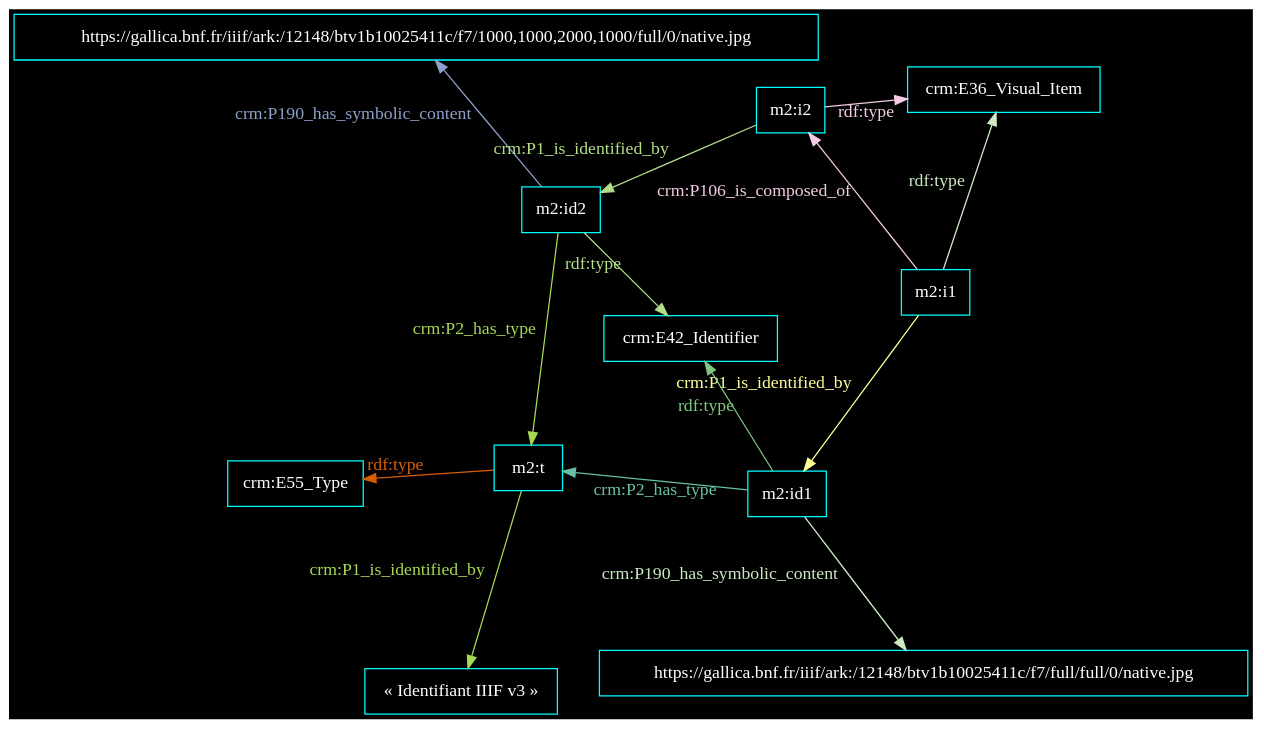
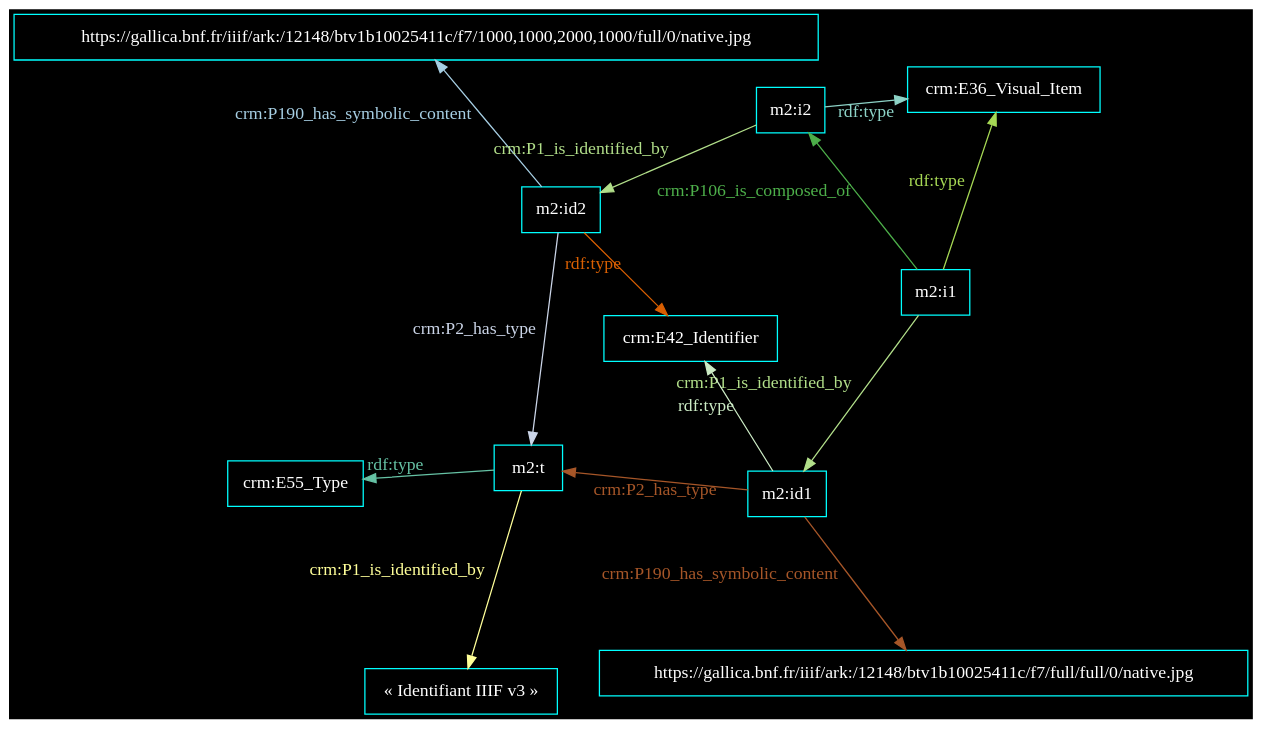
The diagram in out/2023.07.04_cm2-gt2/dotfile_c7806580-5e89-40cf-a19c-c5d231e92a5a.dot (Amleth/communications), drawn with Graphviz before and after one commit. The commit also changed 13 other files, not shown here.

```diff
--- a/out/2023.07.04_cm2-gt2/dotfile_c7806580-5e89-40cf-a19c-c5d231e92a5a.dot
+++ b/out/2023.07.04_cm2-gt2/dotfile_c7806580-5e89-40cf-a19c-c5d231e92a5a.dot
@@ -1,27 +1,27 @@
 digraph {
     graph [bgcolor=black]
     rankdir=LR
     node [color=white,fontcolor=white,fontname="FiraCode Nerd Font Mono Regular",shape=box]
     edge [color=white,fontcolor=white,fontname="FiraCode Nerd Font Mono Regular"]
     
 
     layout=neato
 overlap=scale
 splines=true
 sep=.1
 node [color=cyan,fontcolor=white]
 edge [color=cyan,fontcolor=white]
-"m2:i1" -> "crm:E36_Visual_Item" [label="rdf:type",color="#ccebc5",fontcolor="#ccebc5"]
-"m2:t" -> "crm:E55_Type" [label="rdf:type",color="#d95f02",fontcolor="#d95f02"]
-"m2:i1" -> "m2:id1" [label="crm:P1_is_identified_by",color="#ffff99",fontcolor="#ffff99"]
-"m2:id2" -> "m2:t" [label="crm:P2_has_type",color="#a6d854",fontcolor="#a6d854"]
-"m2:t" -> "« Identifiant IIIF v3 »" [label="crm:P1_is_identified_by",color="#a6d854",fontcolor="#a6d854"]
-"m2:id1" -> "https://gallica.bnf.fr/iiif/ark:/12148/btv1b10025411c/f7/full/full/0/native.jpg" [label="crm:P190_has_symbolic_content",color="#ccebc5",fontcolor="#ccebc5"]
-"m2:id2" -> "https://gallica.bnf.fr/iiif/ark:/12148/btv1b10025411c/f7/1000,1000,2000,1000/full/0/native.jpg" [label="crm:P190_has_symbolic_content",color="#8da0cb",fontcolor="#8da0cb"]
-"m2:i2" -> "crm:E36_Visual_Item" [label="rdf:type",color="#f4cae4",fontcolor="#f4cae4"]
-"m2:id1" -> "m2:t" [label="crm:P2_has_type",color="#66c2a5",fontcolor="#66c2a5"]
-"m2:i1" -> "m2:i2" [label="crm:P106_is_composed_of",color="#f4cae4",fontcolor="#f4cae4"]
+"m2:i1" -> "crm:E36_Visual_Item" [label="rdf:type",color="#a6d854",fontcolor="#a6d854"]
+"m2:t" -> "crm:E55_Type" [label="rdf:type",color="#66c2a5",fontcolor="#66c2a5"]
+"m2:i1" -> "m2:id1" [label="crm:P1_is_identified_by",color="#b2df8a",fontcolor="#b2df8a"]
+"m2:id2" -> "m2:t" [label="crm:P2_has_type",color="#cbd5e8",fontcolor="#cbd5e8"]
+"m2:t" -> "« Identifiant IIIF v3 »" [label="crm:P1_is_identified_by",color="#ffff99",fontcolor="#ffff99"]
+"m2:id1" -> "https://gallica.bnf.fr/iiif/ark:/12148/btv1b10025411c/f7/full/full/0/native.jpg" [label="crm:P190_has_symbolic_content",color="#a65628",fontcolor="#a65628"]
+"m2:id2" -> "https://gallica.bnf.fr/iiif/ark:/12148/btv1b10025411c/f7/1000,1000,2000,1000/full/0/native.jpg" [label="crm:P190_has_symbolic_content",color="#a6cee3",fontcolor="#a6cee3"]
+"m2:i2" -> "crm:E36_Visual_Item" [label="rdf:type",color="#8dd3c7",fontcolor="#8dd3c7"]
+"m2:id1" -> "m2:t" [label="crm:P2_has_type",color="#a65628",fontcolor="#a65628"]
+"m2:i1" -> "m2:i2" [label="crm:P106_is_composed_of",color="#4daf4a",fontcolor="#4daf4a"]
 "m2:i2" -> "m2:id2" [label="crm:P1_is_identified_by",color="#b2df8a",fontcolor="#b2df8a"]
-"m2:id1" -> "crm:E42_Identifier" [label="rdf:type",color="#7fc97f",fontcolor="#7fc97f"]
-"m2:id2" -> "crm:E42_Identifier" [label="rdf:type",color="#b2df8a",fontcolor="#b2df8a"]
+"m2:id1" -> "crm:E42_Identifier" [label="rdf:type",color="#ccebc5",fontcolor="#ccebc5"]
+"m2:id2" -> "crm:E42_Identifier" [label="rdf:type",color="#d95f02",fontcolor="#d95f02"]
 }
```
